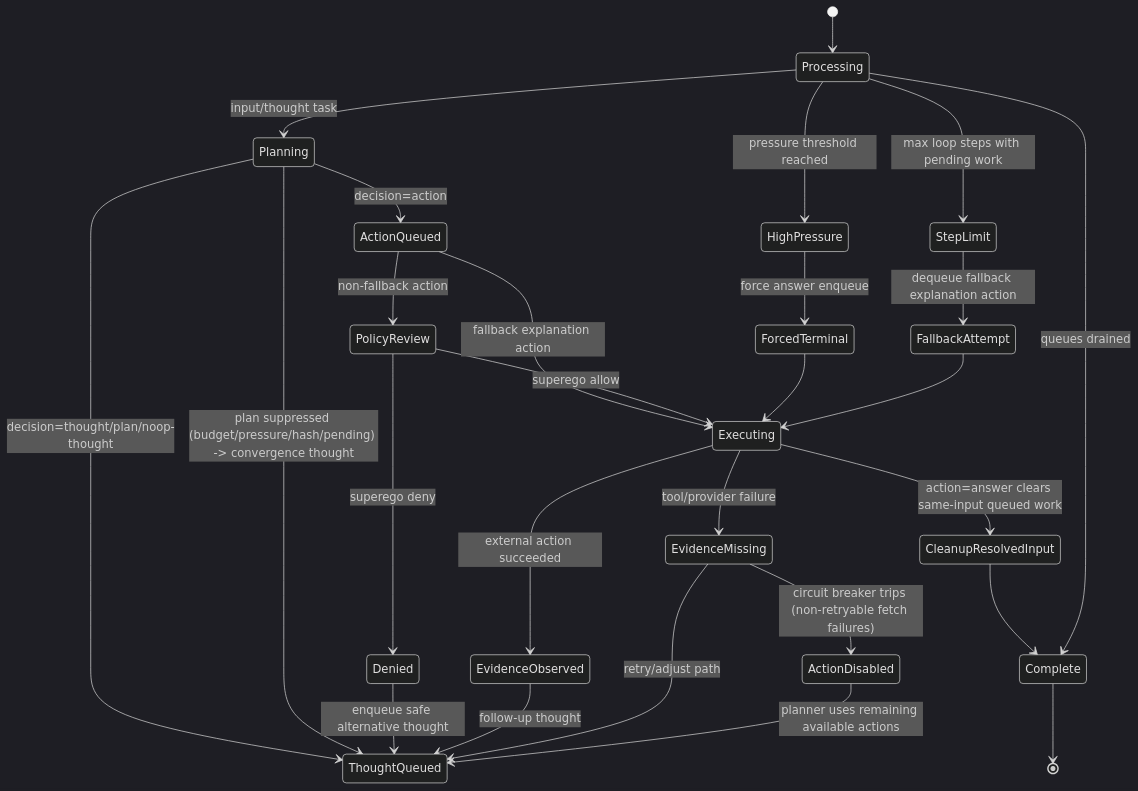
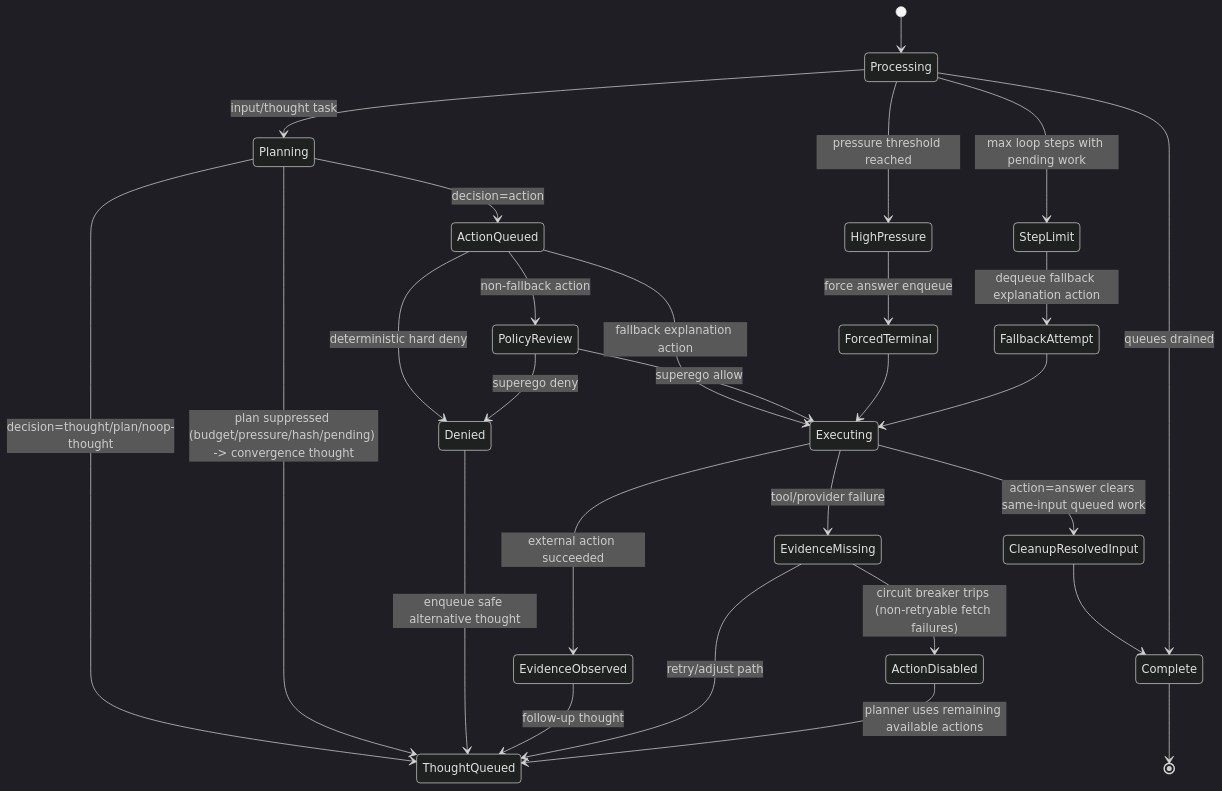
One commit to neopsyke/NeoPsyke changed the third of 3 diagrams in AGENT_LOGIC_DIAGRAM.md. Above: the diagram before and after it, drawn with Mermaid (dark theme). The commit also changed other lines of this file and 11 other files, not shown here.

````diff
--- a/AGENT_LOGIC_DIAGRAM.md
+++ b/AGENT_LOGIC_DIAGRAM.md
@@ -91,36 +102,37 @@
 ```mermaid
 stateDiagram-v2
     [*] --> Processing
 
     Processing --> Planning: input/thought task
     Planning --> ActionQueued: decision=action
     Planning --> ThoughtQueued: decision=thought/plan/noop-thought
     Planning --> ThoughtQueued: plan suppressed (budget/pressure/hash/pending) -> convergence thought
 
     ActionQueued --> PolicyReview: non-fallback action
     ActionQueued --> Executing: fallback explanation action
+    ActionQueued --> Denied: deterministic hard deny
 
     PolicyReview --> Denied: superego deny
     Denied --> ThoughtQueued: enqueue safe alternative thought
 
     PolicyReview --> Executing: superego allow
     Executing --> EvidenceObserved: external action succeeded
     Executing --> EvidenceMissing: tool/provider failure
     EvidenceObserved --> ThoughtQueued: follow-up thought
     EvidenceMissing --> ThoughtQueued: retry/adjust path
     EvidenceMissing --> ActionDisabled: circuit breaker trips (non-retryable fetch failures)
     ActionDisabled --> ThoughtQueued: planner uses remaining available actions
 
     Processing --> HighPressure: pressure threshold reached
     HighPressure --> ForcedTerminal: force answer enqueue
     ForcedTerminal --> Executing
 
     Processing --> StepLimit: max loop steps with pending work
     StepLimit --> FallbackAttempt: dequeue fallback explanation action
     FallbackAttempt --> Executing
 
     Executing --> CleanupResolvedInput: action=answer clears same-input queued work
     CleanupResolvedInput --> Complete
     Processing --> Complete: queues drained
     Complete --> [*]
 ```
````
